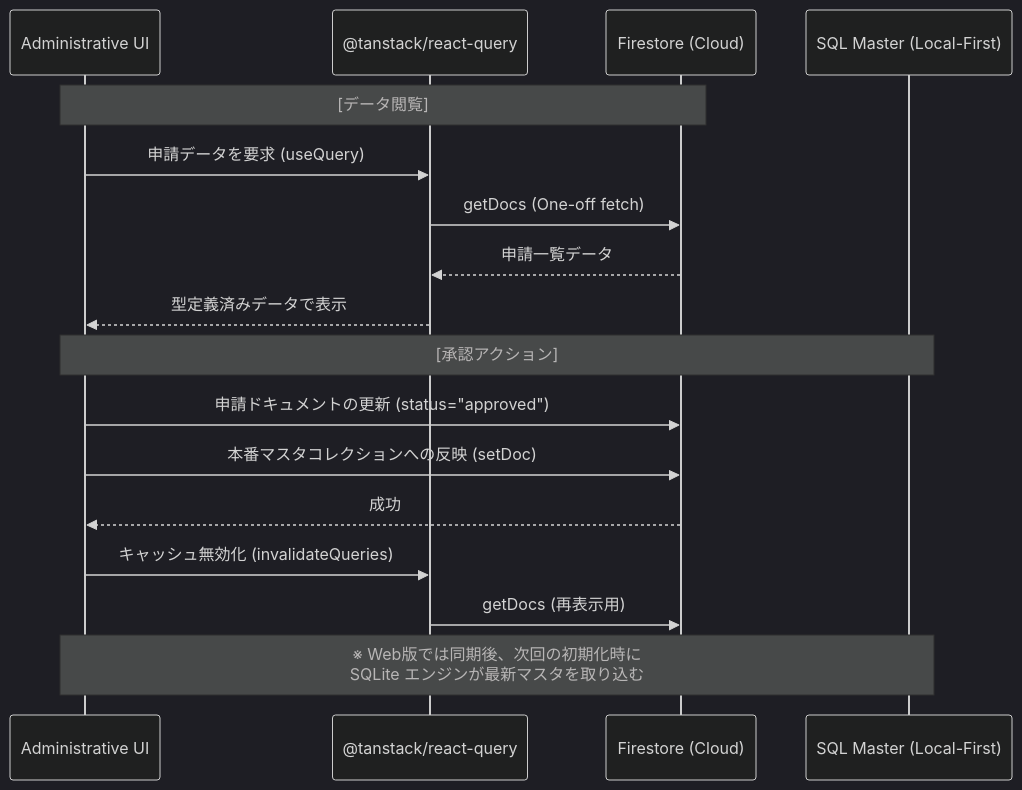
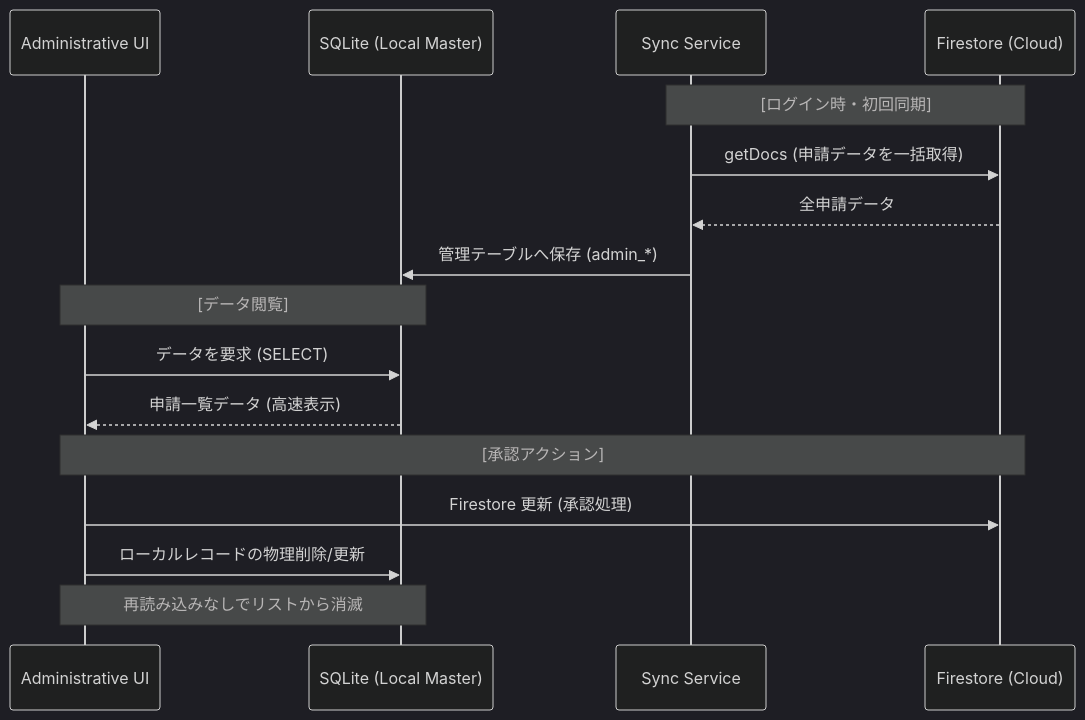
The second of 2 diagrams in DATABASE_DESIGN.md (cloud-solutions-ttakeuchi/wedive), drawn with Mermaid (dark theme) before and after one commit. The commit also changed other lines of this file, not shown here.

````diff
--- a/DATABASE_DESIGN.md
+++ b/DATABASE_DESIGN.md
@@ -339,21 +339,21 @@
 ```mermaid
 sequenceDiagram
     participant AdminUI as Administrative UI
-    participant RQuery as @tanstack/react-query
+    participant SQLite as SQLite (Local Master)
+    participant SyncLogic as Sync Service
     participant FS as Firestore (Cloud)
-    participant MasterTable as SQL Master (Local-First)
 
-    Note over AdminUI, FS: [データ閲覧]
-    AdminUI->>RQuery: 申請データを要求 (useQuery)
-    RQuery->>FS: getDocs (One-off fetch)
-    FS-->>RQuery: 申請一覧データ
-    RQuery-->>AdminUI: 型定義済みデータで表示
+    Note over SyncLogic, FS: [ログイン時・初回同期]
+    SyncLogic->>FS: getDocs (申請データを一括取得)
+    FS-->>SyncLogic: 全申請データ
+    SyncLogic->>SQLite: 管理テーブルへ保存 (admin_*)
 
-    Note over AdminUI, MasterTable: [承認アクション]
-    AdminUI->>FS: 申請ドキュメントの更新 (status="approved")
-    AdminUI->>FS: 本番マスタコレクションへの反映 (setDoc)
-    FS-->>AdminUI: 成功
-    AdminUI->>RQuery: キャッシュ無効化 (invalidateQueries)
-    RQuery->>FS: getDocs (再表示用)
-    Note over AdminUI, MasterTable: ※ Web版では同期後、次回の初期化時に<br/>SQLite エンジンが最新マスタを取り込む
+    Note over AdminUI, SQLite: [データ閲覧]
+    AdminUI->>SQLite: データを要求 (SELECT)
+    SQLite-->>AdminUI: 申請一覧データ (高速表示)
+
+    Note over AdminUI, FS: [承認アクション]
+    AdminUI->>FS: Firestore 更新 (承認処理)
+    AdminUI->>SQLite: ローカルレコードの物理削除/更新
+    Note over AdminUI, SQLite: 再読み込みなしでリストから消滅
 ```
````
